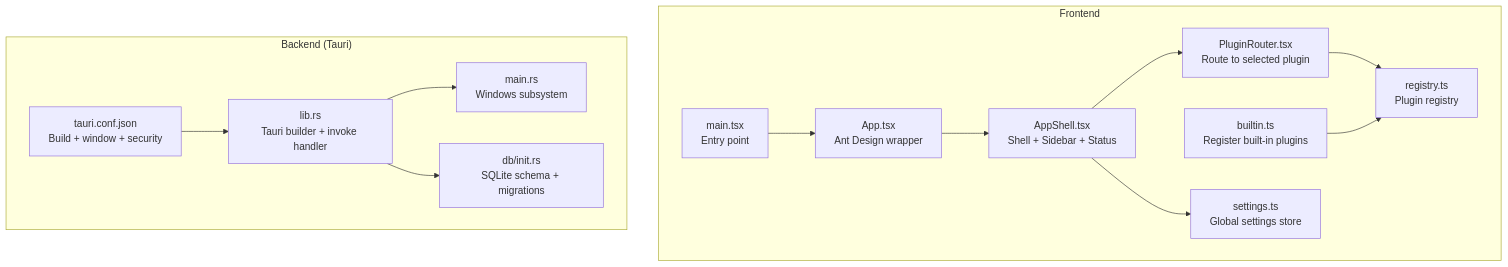
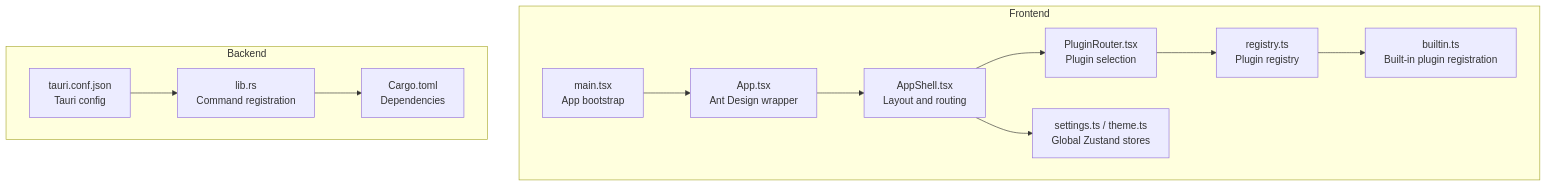
One commit to DumKing/DevNexus changed the first of 8 diagrams in .qoder/repowiki/en/content/Architecture Overview/Architecture Overview.md. Above: the diagram before and after it, drawn with Mermaid. The commit also changed other lines of this file and 96 other files, not shown here.

````diff
--- a/.qoder/repowiki/en/content/Architecture Overview/Architecture Overview.md
+++ b/.qoder/repowiki/en/content/Architecture Overview/Architecture Overview.md
@@ -42,25 +49,22 @@
 ```mermaid
 graph TB
 subgraph "Frontend"
-A["main.tsx<br/>Entry point"]
+A["main.tsx<br/>App bootstrap"]
 B["App.tsx<br/>Ant Design wrapper"]
-C["AppShell.tsx<br/>Shell + Sidebar + Status"]
-D["PluginRouter.tsx<br/>Route to selected plugin"]
+C["AppShell.tsx<br/>Layout and routing"]
+D["PluginRouter.tsx<br/>Plugin selection"]
 E["registry.ts<br/>Plugin registry"]
-F["builtin.ts<br/>Register built-in plugins"]
-G["settings.ts<br/>Global settings store"]
+F["builtin.ts<br/>Built-in plugin registration"]
+G["settings.ts / theme.ts<br/>Global Zustand stores"]
 end
-subgraph "Backend (Tauri)"
-H["lib.rs<br/>Tauri builder + invoke handler"]
-I["main.rs<br/>Windows subsystem"]
-J["tauri.conf.json<br/>Build + window + security"]
-K["db/init.rs<br/>SQLite schema + migrations"]
+subgraph "Backend"
+H["tauri.conf.json<br/>Tauri config"]
+I["lib.rs<br/>Command registration"]
+J["Cargo.toml<br/>Dependencies"]
 end
 A --> B --> C --> D
-D --> E
-F --> E
+D --> E --> F
 C --> G
 H --> I
-J --> H
-H --> K
+I --> J
 ```
````
